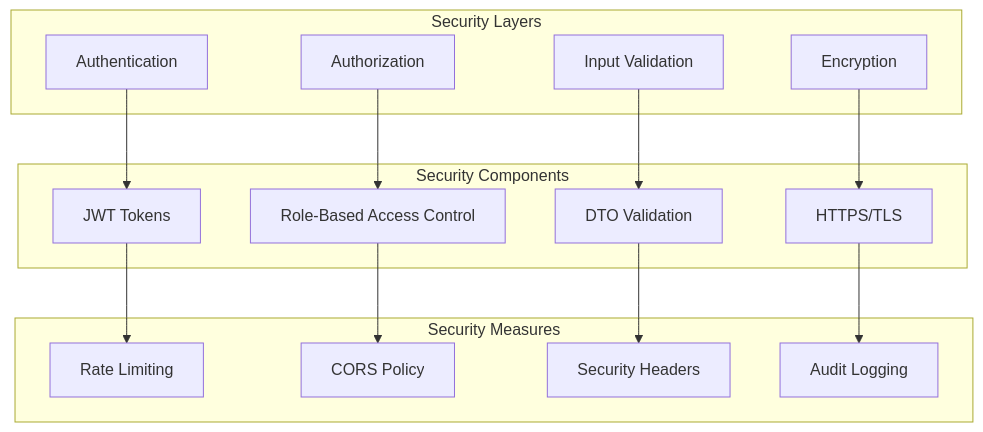
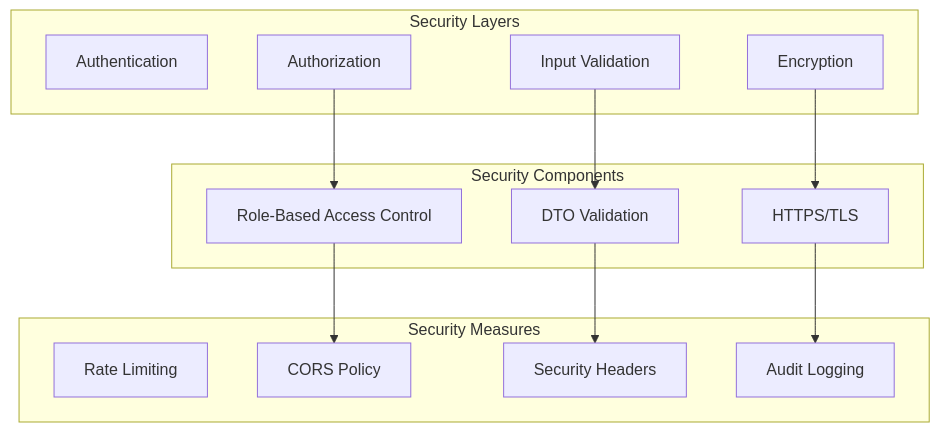
One commit to phumanong2311/warehouse-service changed the ninth of 9 diagrams in docs/architecture-diagram.md. Above: the diagram before and after it, drawn with Mermaid. The commit also changed 65 other files, not shown here.

````diff
--- a/docs/architecture-diagram.md
+++ b/docs/architecture-diagram.md
@@ -354,33 +354,30 @@
 ```mermaid
 graph TB
     subgraph "Security Layers"
         AUTH[Authentication]
         AUTHZ[Authorization]
         VALID[Input Validation]
         ENCRYPT[Encryption]
     end
     
     subgraph "Security Components"
-        JWT[JWT Tokens]
         RBAC[Role-Based Access Control]
         DTO[DTO Validation]
         HTTPS[HTTPS/TLS]
     end
     
     subgraph "Security Measures"
         RATE[Rate Limiting]
         CORS[CORS Policy]
         HELMET[Security Headers]
         AUDIT[Audit Logging]
     end
     
-    AUTH --> JWT
     AUTHZ --> RBAC
     VALID --> DTO
     ENCRYPT --> HTTPS
     
-    JWT --> RATE
     RBAC --> CORS
     DTO --> HELMET
     HTTPS --> AUDIT
 ```
````
